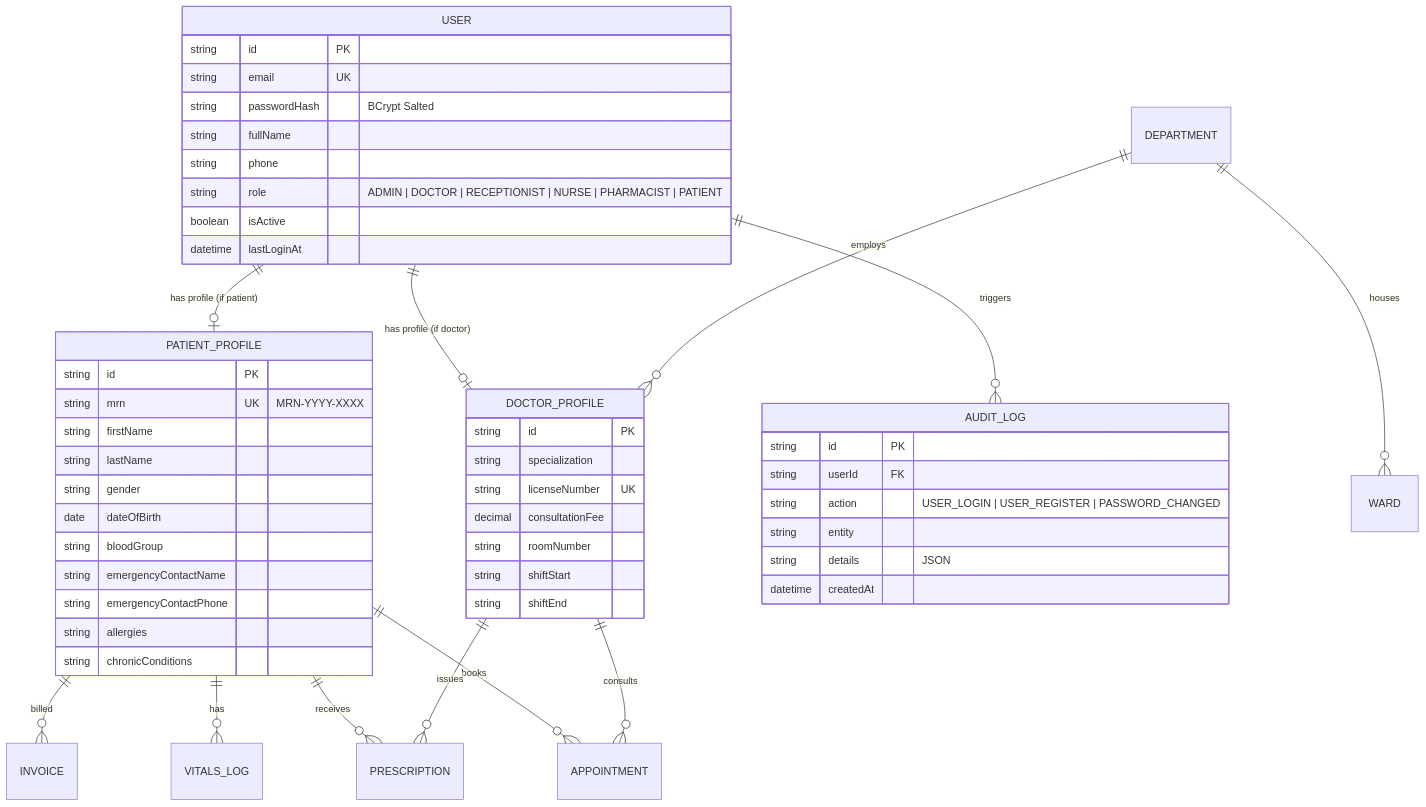
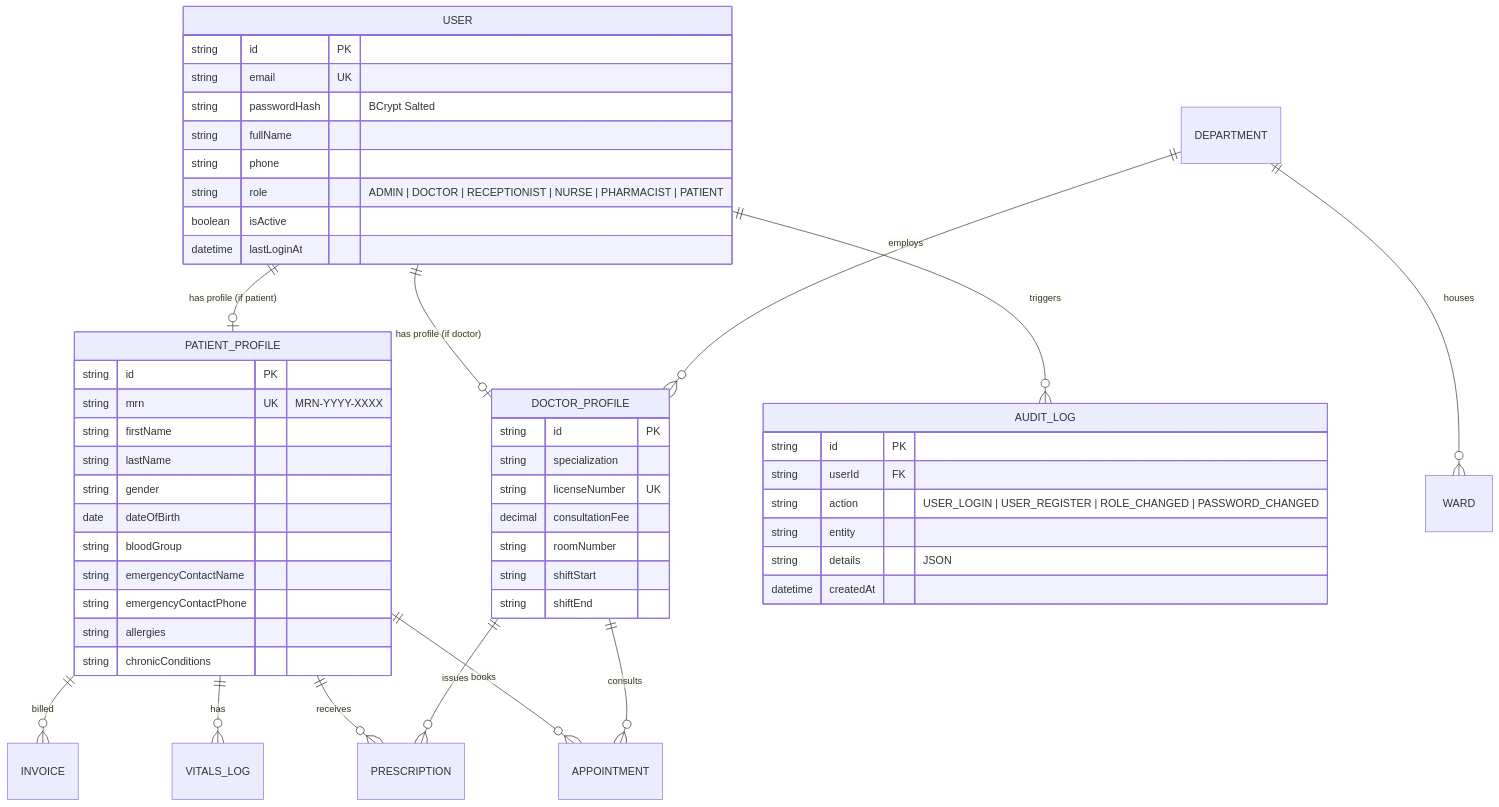
The diagram in README.md (ansariking51214/Smart-Hospital-management-system), drawn with Mermaid before and after one commit. The commit also changed other lines of this file and 13 other files, not shown here.

Commit message:
feat(module1-day3): implement Role-Based Access Control (RBAC), multi-role guards, permissions matrix, admin user management, and RBAC dashboard

````diff
--- a/README.md
+++ b/README.md
@@ -58,58 +73,58 @@
 ```mermaid
 erDiagram
     USER ||--o| DOCTOR_PROFILE : "has profile (if doctor)"
     USER ||--o| PATIENT_PROFILE : "has profile (if patient)"
     USER ||--o{ AUDIT_LOG : "triggers"
     DEPARTMENT ||--o{ DOCTOR_PROFILE : "employs"
     DEPARTMENT ||--o{ WARD : "houses"
     PATIENT_PROFILE ||--o{ APPOINTMENT : "books"
     PATIENT_PROFILE ||--o{ VITALS_LOG : "has"
     PATIENT_PROFILE ||--o{ PRESCRIPTION : "receives"
     PATIENT_PROFILE ||--o{ INVOICE : "billed"
     DOCTOR_PROFILE ||--o{ APPOINTMENT : "consults"
     DOCTOR_PROFILE ||--o{ PRESCRIPTION : "issues"
 
     USER {
         string id PK
         string email UK
         string passwordHash "BCrypt Salted"
         string fullName
         string phone
         string role "ADMIN | DOCTOR | RECEPTIONIST | NURSE | PHARMACIST | PATIENT"
         boolean isActive
         datetime lastLoginAt
     }
 
     PATIENT_PROFILE {
         string id PK
         string mrn UK "MRN-YYYY-XXXX"
         string firstName
         string lastName
         string gender
         date dateOfBirth
         string bloodGroup
         string emergencyContactName
         string emergencyContactPhone
         string allergies
         string chronicConditions
     }
 
     DOCTOR_PROFILE {
         string id PK
         string specialization
         string licenseNumber UK
         decimal consultationFee
         string roomNumber
         string shiftStart
         string shiftEnd
     }
 
     AUDIT_LOG {
         string id PK
         string userId FK
-        string action "USER_LOGIN | USER_REGISTER | PASSWORD_CHANGED"
+        string action "USER_LOGIN | USER_REGISTER | ROLE_CHANGED | PASSWORD_CHANGED"
         string entity
         string details "JSON"
         datetime createdAt
     }
 ```
````
